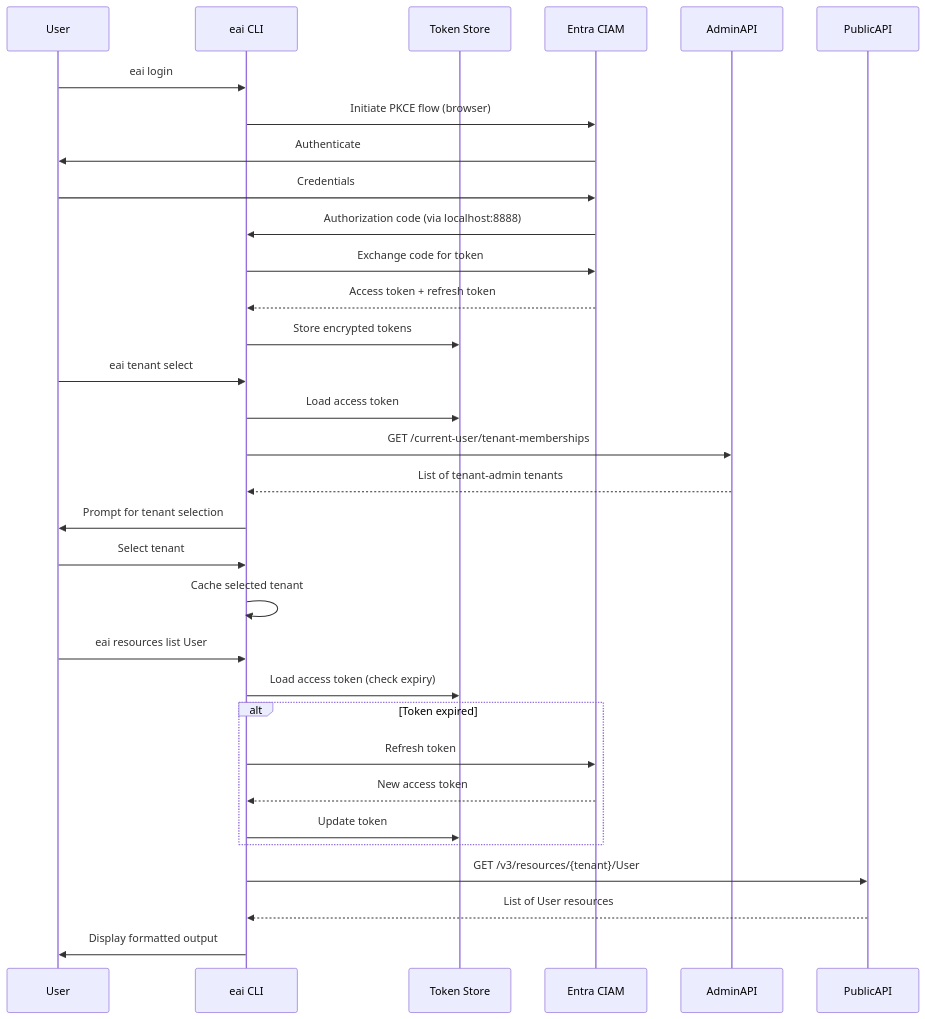
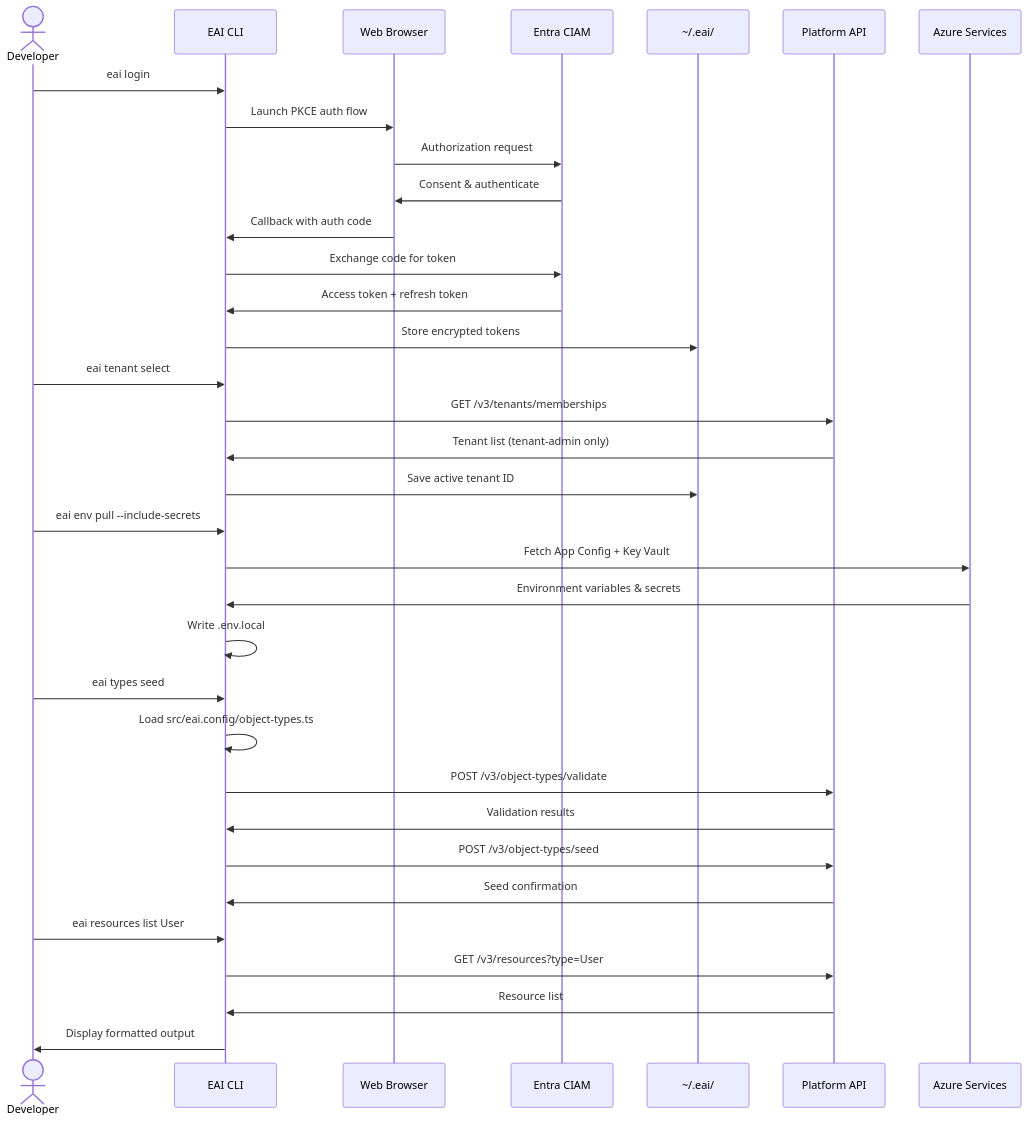
Before and after one commit to eai-support/eai: the second of 6 diagrams in .tech-docs/architecture.md, drawn with Mermaid. The commit also changed other lines of this file and 11 other files, not shown here.

````diff
--- a/.tech-docs/architecture.md
+++ b/.tech-docs/architecture.md
@@ -53,37 +60,41 @@
 ```mermaid
 sequenceDiagram
-    participant User
-    participant CLI as eai CLI
-    participant Tokens as Token Store
-    participant CIAM as Entra CIAM
-    participant AdminAPI
-    participant PublicAPI
-
-    User->>CLI: eai login
-    CLI->>CIAM: Initiate PKCE flow (browser)
-    CIAM->>User: Authenticate
-    User->>CIAM: Credentials
-    CIAM->>CLI: Authorization code (via localhost:8888)
-    CLI->>CIAM: Exchange code for token
-    CIAM-->>CLI: Access token + refresh token
-    CLI->>Tokens: Store encrypted tokens
-
-    User->>CLI: eai tenant select
-    CLI->>Tokens: Load access token
-    CLI->>AdminAPI: GET /current-user/tenant-memberships
-    AdminAPI-->>CLI: List of tenant-admin tenants
-    CLI->>User: Prompt for tenant selection
-    User->>CLI: Select tenant
-    CLI->>CLI: Cache selected tenant
-
-    User->>CLI: eai resources list User
-    CLI->>Tokens: Load access token (check expiry)
-    alt Token expired
-        CLI->>CIAM: Refresh token
-        CIAM-->>CLI: New access token
-        CLI->>Tokens: Update token
-    end
-    CLI->>PublicAPI: GET /v3/resources/{tenant}/User
-    PublicAPI-->>CLI: List of User resources
-    CLI->>User: Display formatted output
+    actor Dev as Developer
+    participant CLI as EAI CLI
+    participant Browser as Web Browser
+    participant Entra as Entra CIAM
+    participant Local as ~/.eai/
+    participant API as Platform API
+    participant Azure as Azure Services
+    
+    Dev->>CLI: eai login
+    CLI->>Browser: Launch PKCE auth flow
+    Browser->>Entra: Authorization request
+    Entra->>Browser: Consent & authenticate
+    Browser->>CLI: Callback with auth code
+    CLI->>Entra: Exchange code for token
+    Entra->>CLI: Access token + refresh token
+    CLI->>Local: Store encrypted tokens
+    
+    Dev->>CLI: eai tenant select
+    CLI->>API: GET /v3/tenants/memberships
+    API->>CLI: Tenant list (tenant-admin only)
+    CLI->>Local: Save active tenant ID
+    
+    Dev->>CLI: eai env pull --include-secrets
+    CLI->>Azure: Fetch App Config + Key Vault
+    Azure->>CLI: Environment variables & secrets
+    CLI->>CLI: Write .env.local
+    
+    Dev->>CLI: eai types seed
+    CLI->>CLI: Load src/eai.config/object-types.ts
+    CLI->>API: POST /v3/object-types/validate
+    API->>CLI: Validation results
+    CLI->>API: POST /v3/object-types/seed
+    API->>CLI: Seed confirmation
+    
+    Dev->>CLI: eai resources list User
+    CLI->>API: GET /v3/resources?type=User
+    API->>CLI: Resource list
+    CLI->>Dev: Display formatted output
 ```
````
